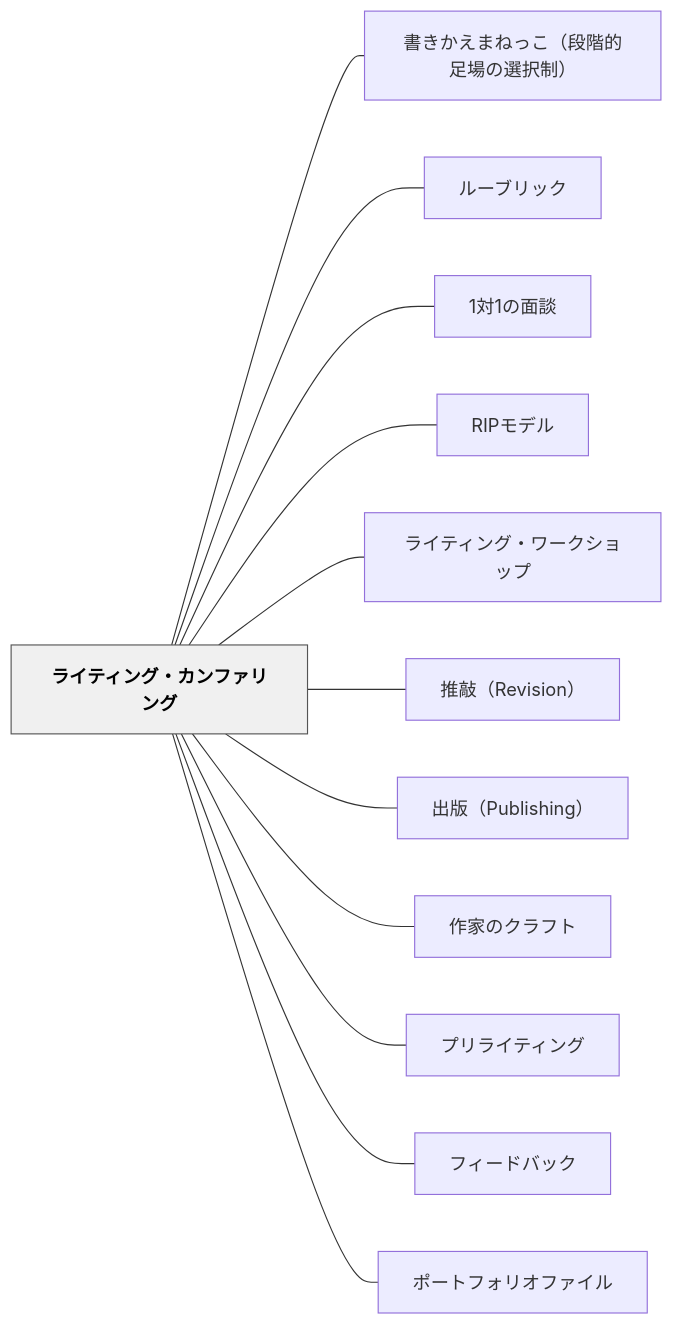
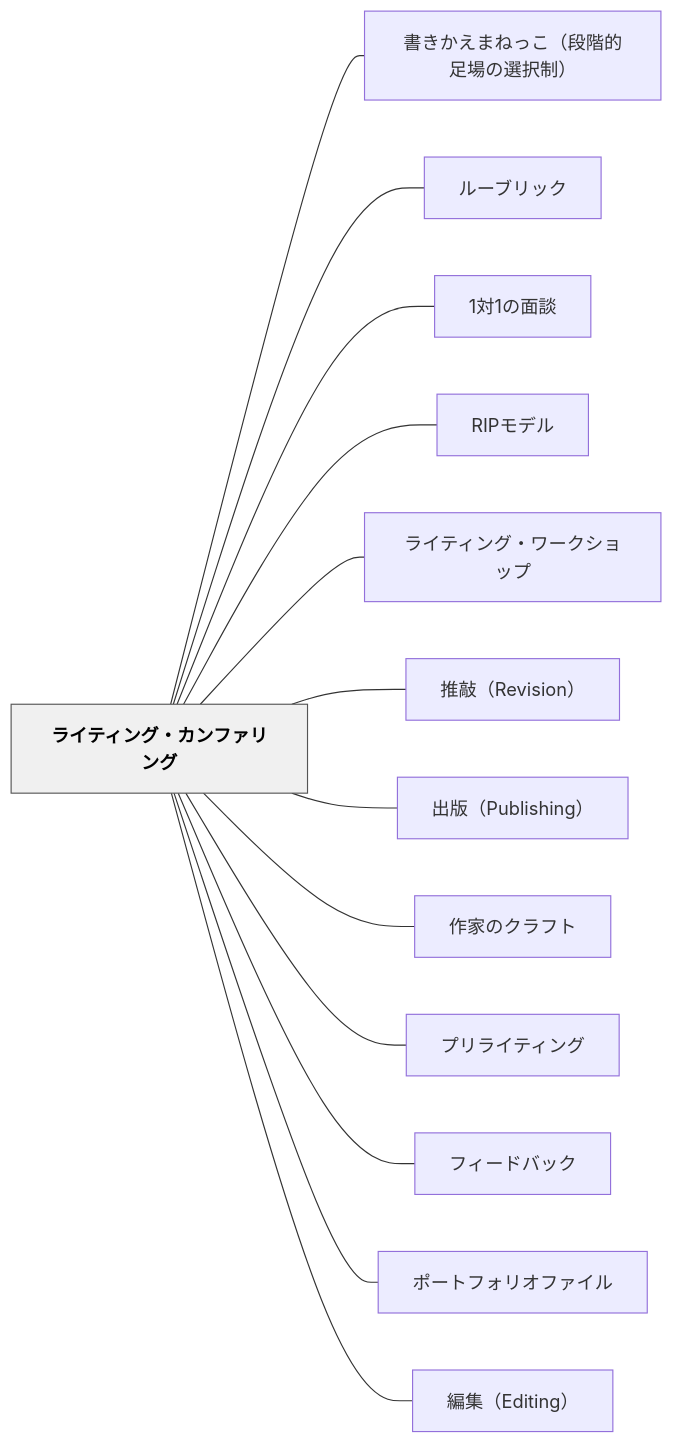
The diagram in content/パタン/ライティング・カンファリング.md (unknownthings-ed-patterns/unknownthings-ed-patterns), drawn with Mermaid before and after one commit. The commit also changed other lines of this file and 4 other files, not shown here.

````diff
--- a/content/パタン/ライティング・カンファリング.md
+++ b/content/パタン/ライティング・カンファリング.md
@@ -193,30 +194,32 @@
 ```mermaid
 flowchart LR
     ne383a9e382a4e38386e382a3e383b3e382b0e383bbe382abe383b3e38395e382a1e383aae383b3e382b0["ライティング・カンファリング"]
     ne69bb8e3818de3818be38188e381bee381ade381a3e38193efbc88e6aeb5e99a8ee79a84e8b6b3e5a0b4e381aee981b8e68a9ee588b6efbc89["書きかえまねっこ（段階的足場の選択制）"]
     ne383abe383bce38396e383aae38383e382af["ルーブリック"]
     n31e5afbe31e381aee99da2e8ab87["1対1の面談"]
     n524950e383a2e38387e383ab["RIPモデル"]
     ne383a9e382a4e38386e382a3e383b3e382b0e383bbe383afe383bce382afe382b7e383a7e38383e38397["ライティング・ワークショップ"]
     ne68ea8e695b2efbc885265766973696f6eefbc89["推敲（Revision）"]
     ne587bae78988efbc885075626c697368696e67efbc89["出版（Publishing）"]
     ne4bd9ce5aeb6e381aee382afe383a9e38395e38388["作家のクラフト"]
     ne38397e383aae383a9e382a4e38386e382a3e383b3e382b0["プリライティング"]
     ne38395e382a3e383bce38389e38390e38383e382af["フィードバック"]
     ne3839de383bce38388e38395e382a9e383aae382aae38395e382a1e382a4e383ab["ポートフォリオファイル"]
+    ne7b7a8e99b86efbc8845646974696e67efbc89["編集（Editing）"]
 
     ne383a9e382a4e38386e382a3e383b3e382b0e383bbe382abe383b3e38395e382a1e383aae383b3e382b0 --- ne69bb8e3818de3818be38188e381bee381ade381a3e38193efbc88e6aeb5e99a8ee79a84e8b6b3e5a0b4e381aee981b8e68a9ee588b6efbc89
     ne383a9e382a4e38386e382a3e383b3e382b0e383bbe382abe383b3e38395e382a1e383aae383b3e382b0 --- ne383abe383bce38396e383aae38383e382af
     ne383a9e382a4e38386e382a3e383b3e382b0e383bbe382abe383b3e38395e382a1e383aae383b3e382b0 --- n31e5afbe31e381aee99da2e8ab87
     ne383a9e382a4e38386e382a3e383b3e382b0e383bbe382abe383b3e38395e382a1e383aae383b3e382b0 --- n524950e383a2e38387e383ab
     ne383a9e382a4e38386e382a3e383b3e382b0e383bbe382abe383b3e38395e382a1e383aae383b3e382b0 --- ne383a9e382a4e38386e382a3e383b3e382b0e383bbe383afe383bce382afe382b7e383a7e38383e38397
     ne383a9e382a4e38386e382a3e383b3e382b0e383bbe382abe383b3e38395e382a1e383aae383b3e382b0 --- ne68ea8e695b2efbc885265766973696f6eefbc89
     ne383a9e382a4e38386e382a3e383b3e382b0e383bbe382abe383b3e38395e382a1e383aae383b3e382b0 --- ne587bae78988efbc885075626c697368696e67efbc89
     ne383a9e382a4e38386e382a3e383b3e382b0e383bbe382abe383b3e38395e382a1e383aae383b3e382b0 --- ne4bd9ce5aeb6e381aee382afe383a9e38395e38388
     ne383a9e382a4e38386e382a3e383b3e382b0e383bbe382abe383b3e38395e382a1e383aae383b3e382b0 --- ne38397e383aae383a9e382a4e38386e382a3e383b3e382b0
     ne383a9e382a4e38386e382a3e383b3e382b0e383bbe382abe383b3e38395e382a1e383aae383b3e382b0 --- ne38395e382a3e383bce38389e38390e38383e382af
     ne383a9e382a4e38386e382a3e383b3e382b0e383bbe382abe383b3e38395e382a1e383aae383b3e382b0 --- ne3839de383bce38388e38395e382a9e383aae382aae38395e382a1e382a4e383ab
+    ne383a9e382a4e38386e382a3e383b3e382b0e383bbe382abe383b3e38395e382a1e383aae383b3e382b0 --- ne7b7a8e99b86efbc8845646974696e67efbc89
 
     classDef hub fill:#f0f0f0,stroke:#555,color:#000,font-weight:bold
     class ne383a9e382a4e38386e382a3e383b3e382b0e383bbe382abe383b3e38395e382a1e383aae383b3e382b0 hub
 ```
````
